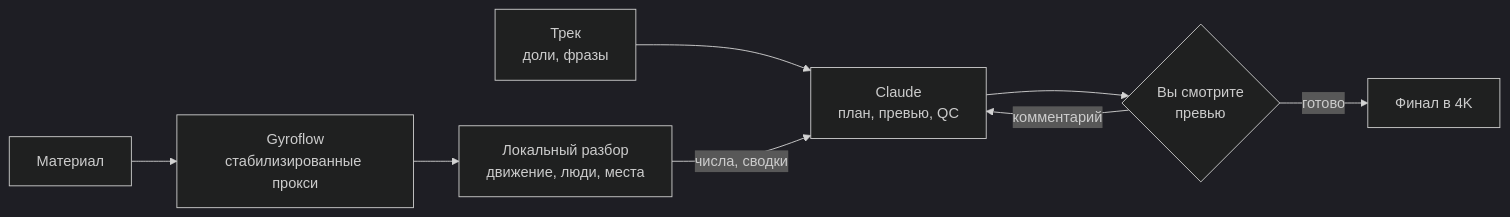
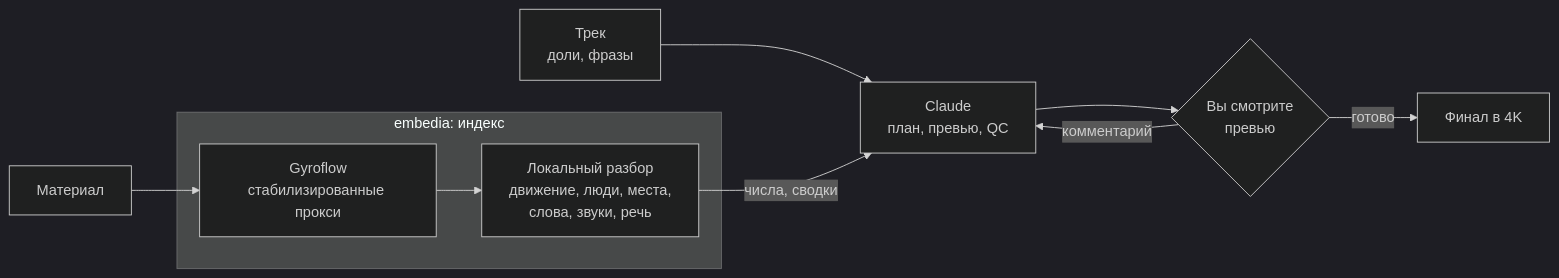
Before and after one commit to parhipov/montAIge: the diagram in README.ru.md, drawn with Mermaid (dark theme). The commit also changed other lines of this file and 80 other files, not shown here.

````diff
--- a/README.ru.md
+++ b/README.ru.md
@@ -123,10 +123,12 @@
 ```mermaid
 flowchart LR
   F["Материал"] --> R["Gyroflow<br/>стабилизированные прокси"]
-  R --> P["Локальный разбор<br/>движение, люди, места"]
+  subgraph I["embedia: индекс"]
+    R --> P["Локальный разбор<br/>движение, люди, места,<br/>слова, звуки, речь"]
+  end
   M["Трек<br/>доли, фразы"] --> E
   P -- "числа, сводки" --> E["Claude<br/>план, превью, QC"]
   E --> O{"Вы смотрите<br/>превью"}
   O -- "комментарий" --> E
   O -- "готово" --> X["Финал в 4K"]
 ```
````
